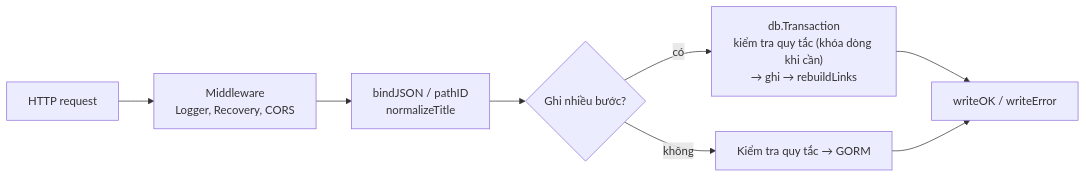
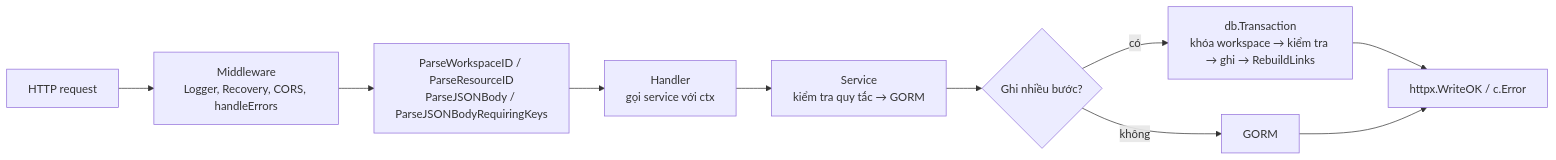
The second of 2 diagrams in docs/backend-map.md (ngtrthvu3007/nodus), drawn with Mermaid before and after one commit. The commit also changed other lines of this file and 36 other files, not shown here.

Commit message:
feat(go-nodus): add folder/doc tree API as handler + service modules

````diff
--- a/docs/backend-map.md
+++ b/docs/backend-map.md
@@ -54,10 +63,12 @@
 ```mermaid
 flowchart LR
-    Req[HTTP request] --> MW[Middleware<br/>Logger, Recovery, CORS]
-    MW --> Bind[bindJSON / pathID<br/>normalizeTitle]
-    Bind --> Tx{Ghi nhiều bước?}
-    Tx -- có --> Trans["db.Transaction<br/>kiểm tra quy tắc (khóa dòng khi cần)<br/>→ ghi → rebuildLinks"]
-    Tx -- không --> Query[Kiểm tra quy tắc → GORM]
-    Trans --> Res[writeOK / writeError]
+    Req[HTTP request] --> MW[Middleware<br/>Logger, Recovery, CORS, handleErrors]
+    MW --> Parse[ParseWorkspaceID / ParseResourceID<br/>ParseJSONBody / ParseJSONBodyRequiringKeys]
+    Parse --> H[Handler<br/>gọi service với ctx]
+    H --> S[Service<br/>kiểm tra quy tắc → GORM]
+    S --> Tx{Ghi nhiều bước?}
+    Tx -- có --> Trans["db.Transaction<br/>khóa workspace → kiểm tra → ghi → RebuildLinks"]
+    Tx -- không --> Query[GORM]
+    Trans --> Res[httpx.WriteOK / c.Error]
     Query --> Res
 ```
````
